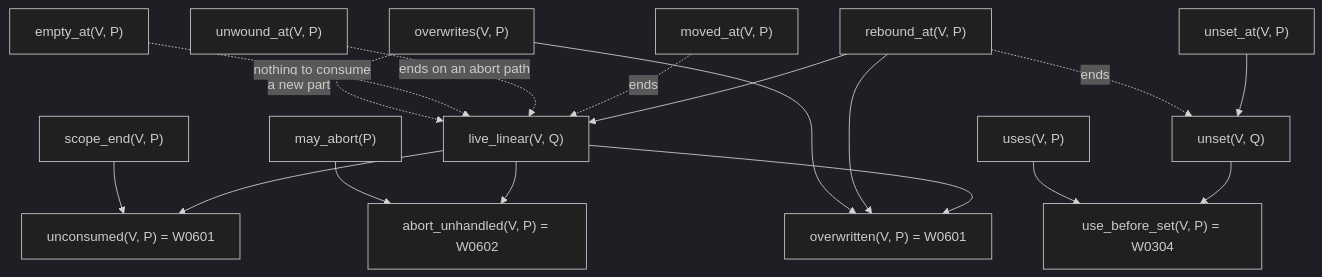
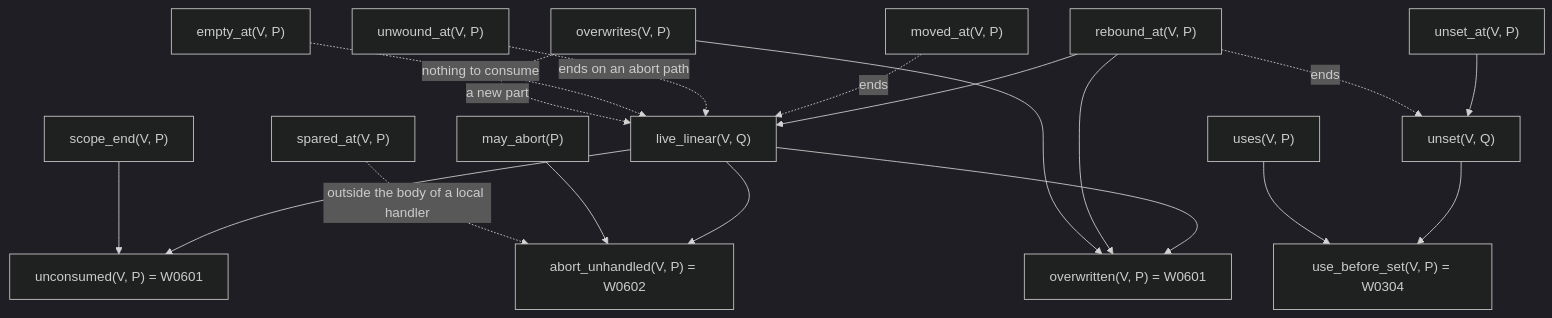
The third of 3 diagrams in docs/architecture.md (madmax983/weft), drawn with Mermaid (dark theme) before and after one commit. The commit also changed other lines of this file and 47 other files, not shown here.

````diff
--- a/docs/architecture.md
+++ b/docs/architecture.md
@@ -43,18 +43,19 @@
 ```mermaid
 flowchart TD
     bind["rebound_at(V, P)"] --> live["live_linear(V, Q)"]
     moved["moved_at(V, P)"] -. "ends" .-> live
     unwound["unwound_at(V, P)"] -. "ends on an abort path" .-> live
     empty["empty_at(V, P)"] -. "nothing to consume" .-> live
     over["overwrites(V, P)"] -. "a new part" .-> live
     live --> unc["unconsumed(V, P) = W0601"]
     send["scope_end(V, P)"] --> unc
     live --> ow["overwritten(V, P) = W0601"]
     bind --> ow
     over["overwrites(V, P)"] --> ow
     live --> ab["abort_unhandled(V, P) = W0602"]
     abort["may_abort(P)"] --> ab
+    spared["spared_at(V, P)"] -. "outside the body of a local handler" .-> ab
     decl["unset_at(V, P)"] --> unset["unset(V, Q)"] --> ubs["use_before_set(V, P) = W0304"]
     bind -. "ends" .-> unset
     uses["uses(V, P)"] --> ubs
 ```
````
